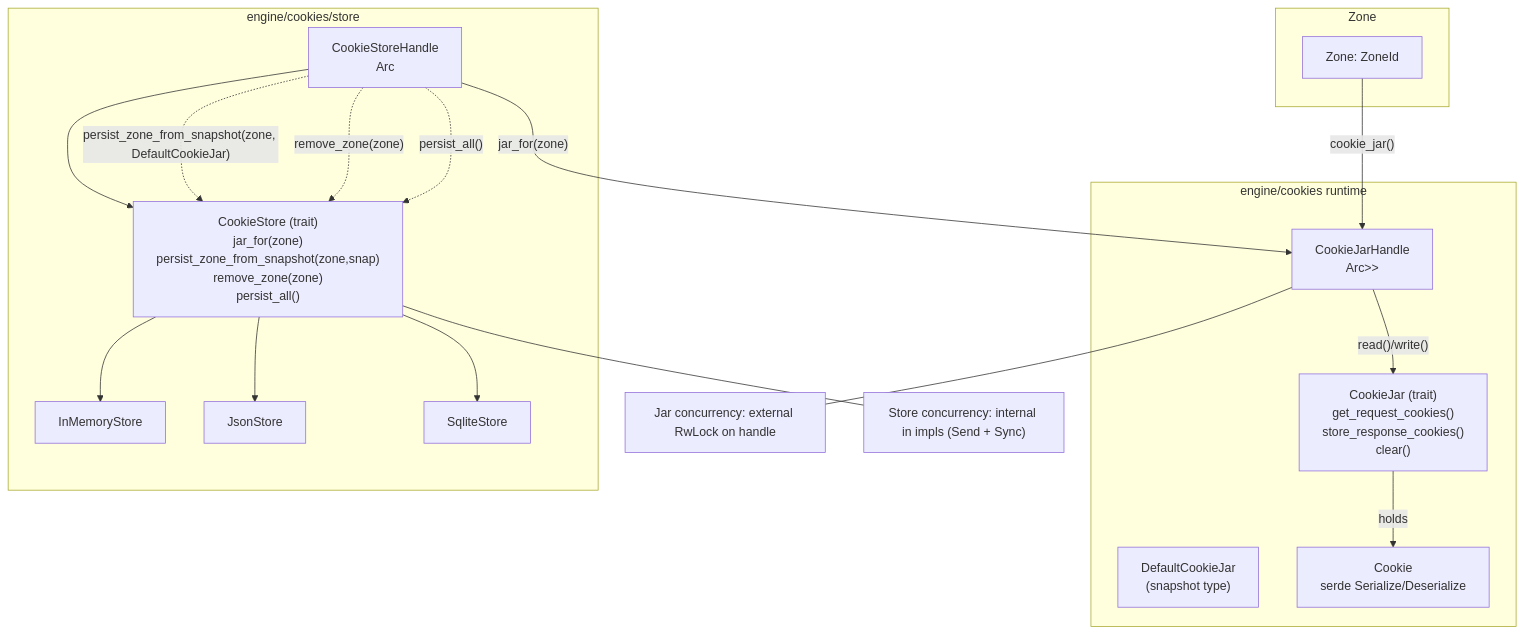
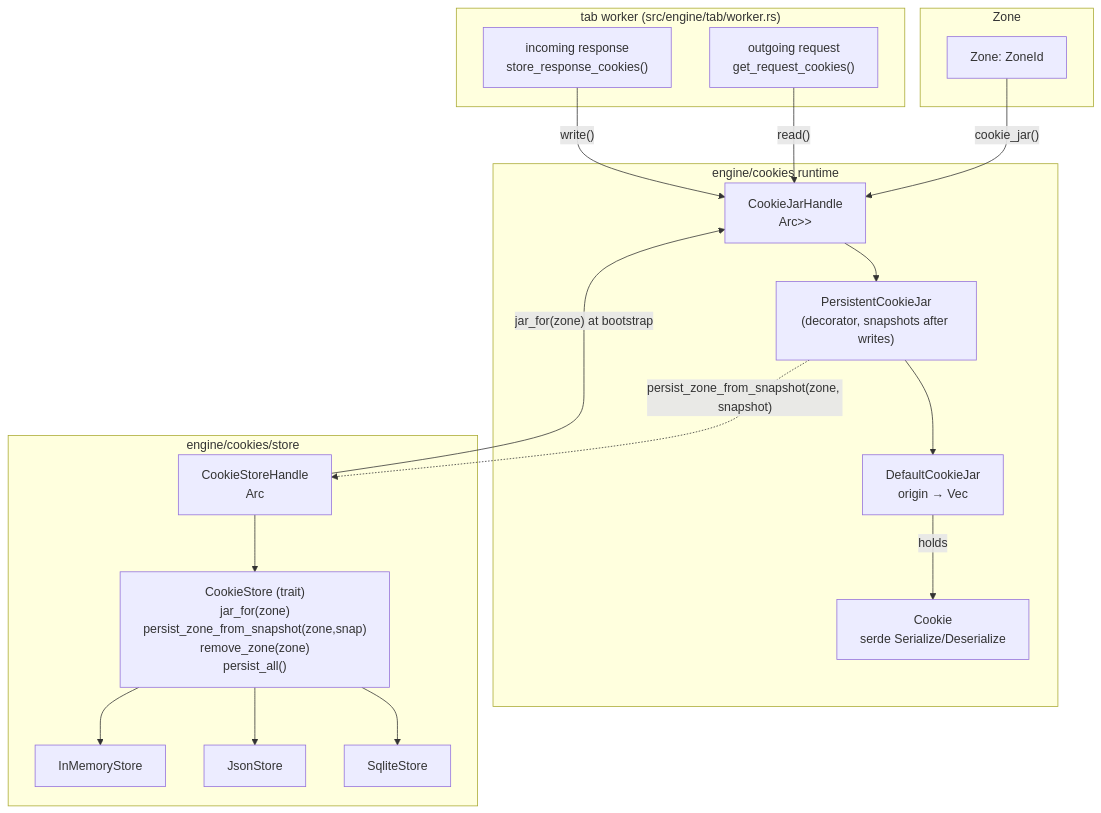
The diagram in docs/cookies.md (gosub-io/gosub-engine), drawn with Mermaid before and after one commit. The commit also changed other lines of this file and 22 other files, not shown here.

````diff
--- a/docs/cookies.md
+++ b/docs/cookies.md
@@ -44,40 +168,41 @@
-```mermaid
+``` mermaid
 flowchart TD
   subgraph Zone
     Z["Zone: ZoneId"]
   end
 
+  subgraph Fetch["tab worker (src/engine/tab/worker.rs)"]
+    REQ["outgoing request<br>get_request_cookies()"]
+    RES["incoming response<br>store_response_cookies()"]
+  end
+
   subgraph Cookie_Runtime["engine/cookies runtime"]
     CJH["CookieJarHandle<br>Arc<RwLock<Box<dyn CookieJar + Send + Sync>>>"]
-    CJT["CookieJar (trait)<br>get_request_cookies()<br>store_response_cookies()<br>clear()"]
-    DCJ["DefaultCookieJar<br>(snapshot type)"]
+    PCJ["PersistentCookieJar<br>(decorator, snapshots after writes)"]
+    DCJ["DefaultCookieJar<br>origin → Vec<Cookie>"]
     C["Cookie<br>serde Serialize/Deserialize"]
   end
 
   subgraph Cookie_Persistence["engine/cookies/store"]
     CSH["CookieStoreHandle<br>Arc<dyn CookieStore + Send + Sync>"]
     CST["CookieStore (trait)<br>jar_for(zone)<br>persist_zone_from_snapshot(zone,snap)<br>remove_zone(zone)<br>persist_all()"]
     IM["InMemoryStore"]
     JS["JsonStore"]
     SQ["SqliteStore"]
   end
 
   Z -->|"cookie_jar()"| CJH
+  REQ -->|"read()"| CJH
+  RES -->|"write()"| CJH
+  CJH --> PCJ
+  PCJ --> DCJ
+  DCJ -->|"holds"| C
+
   CSH --> CST
   CST --> IM
   CST --> JS
   CST --> SQ
 
-  CSH -->|"jar_for(zone)"| CJH
-  CJH -->|"read()/write()"| CJT
-  CJT -->|"holds"| C
-
-  CSH -. "persist_zone_from_snapshot(zone, DefaultCookieJar)" .-> CST
-  CSH -. "remove_zone(zone)" .-> CST
-  CSH -. "persist_all()" .-> CST
-
-  note1["Jar concurrency: external RwLock on handle"]
-  note2["Store concurrency: internal in impls (Send + Sync)"]
-  CJH --- note1
-  CST --- note2
+  CSH -->|"jar_for(zone) at bootstrap"| CJH
+  PCJ -. "persist_zone_from_snapshot(zone, snapshot)" .-> CSH
 ```
````
